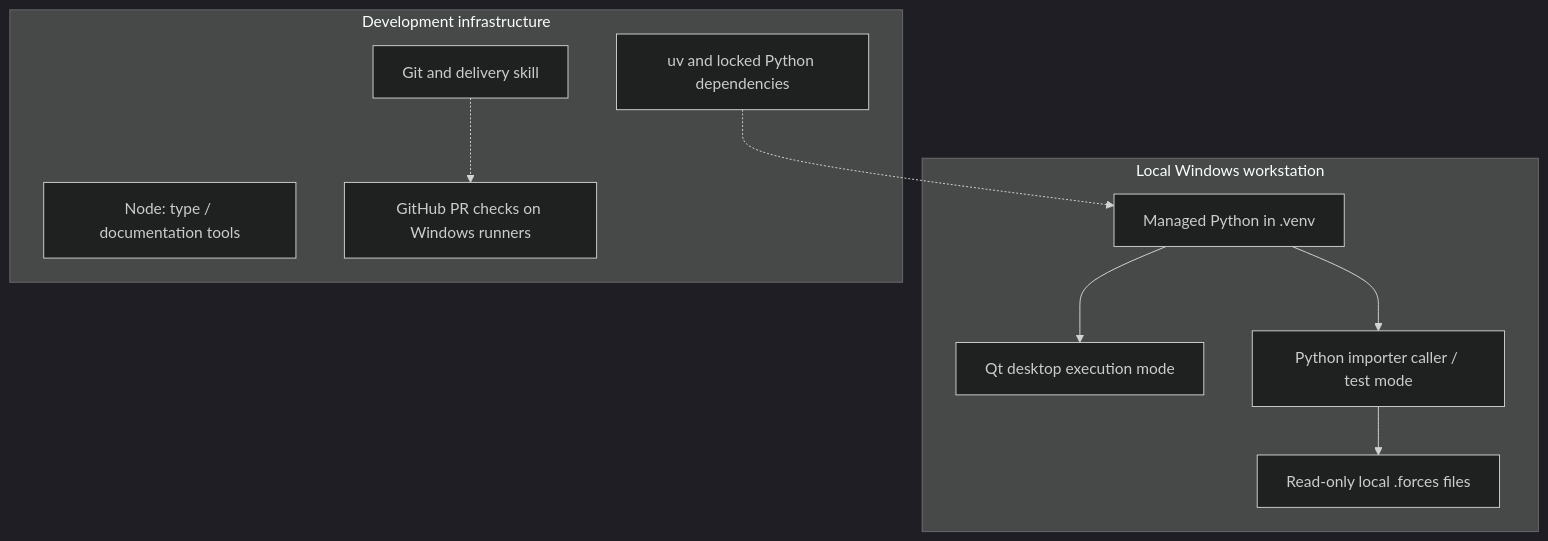
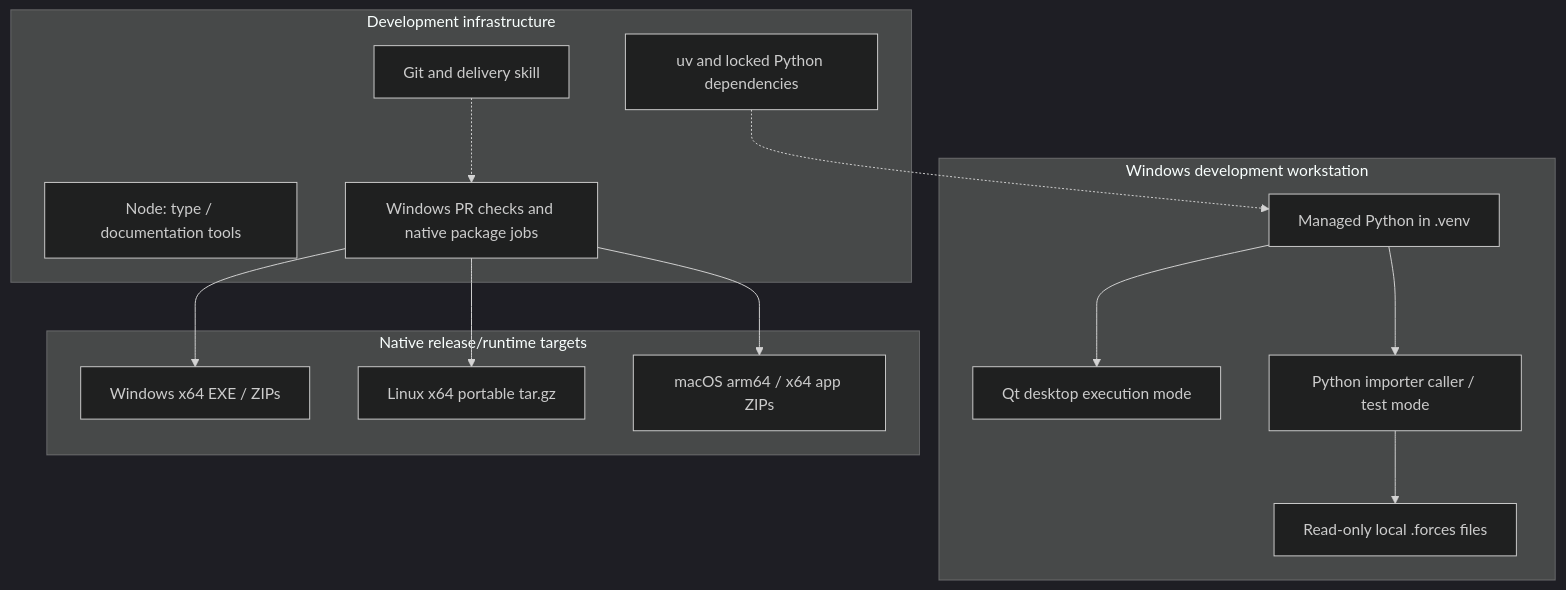
The diagram in docs/architecture/07_deployment_view.md (rudnerbjoern/ride-forces-analyzer), drawn with Mermaid (dark theme) before and after one commit. The commit also changed other lines of this file and 41 other files, not shown here.

First line of the commit message:
:sparkles: feat(packaging): add native Linux and macOS release targets

````diff
--- a/docs/architecture/07_deployment_view.md
+++ b/docs/architecture/07_deployment_view.md
@@ -9,20 +9,28 @@
 ```mermaid
 flowchart TB
-    subgraph Host["Local Windows workstation"]
+    subgraph Host["Windows development workstation"]
         Python["Managed Python in .venv"]
         GUI["Qt desktop execution mode"]
         Caller["Python importer caller / test mode"]
         Original["Read-only local .forces files"]
         Python --> GUI
         Python --> Caller
         Caller --> Original
     end
     subgraph Dev["Development infrastructure"]
         UV["uv and locked Python dependencies"]
         Node["Node: type / documentation tools"]
         Git["Git and delivery skill"]
-        CI["GitHub PR checks on Windows runners"]
+        CI["Windows PR checks and native package jobs"]
         UV -.-> Python
         Git -.-> CI
     end
+    subgraph Targets["Native release/runtime targets"]
+        Win["Windows x64 EXE / ZIPs"]
+        Linux["Linux x64 portable tar.gz"]
+        Mac["macOS arm64 / x64 app ZIPs"]
+    end
+    CI --> Win
+    CI --> Linux
+    CI --> Mac
 ```
````
